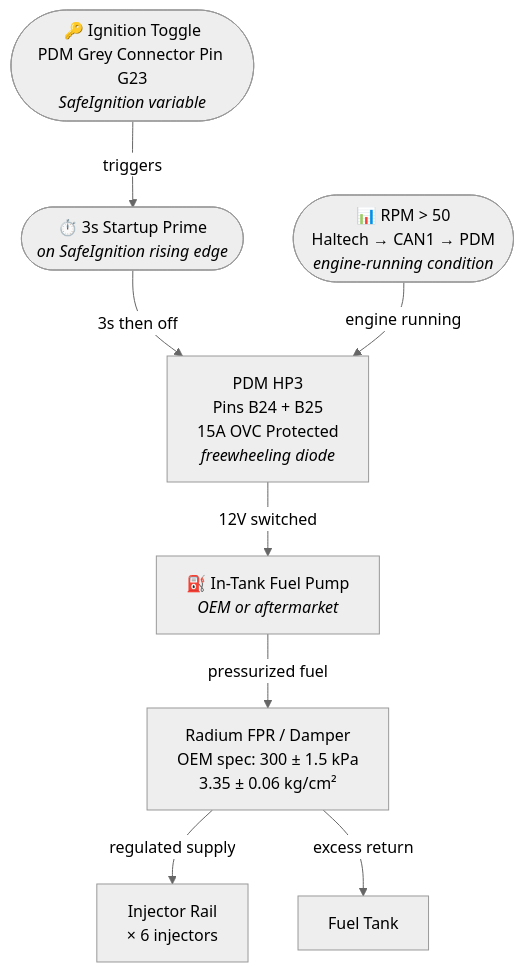
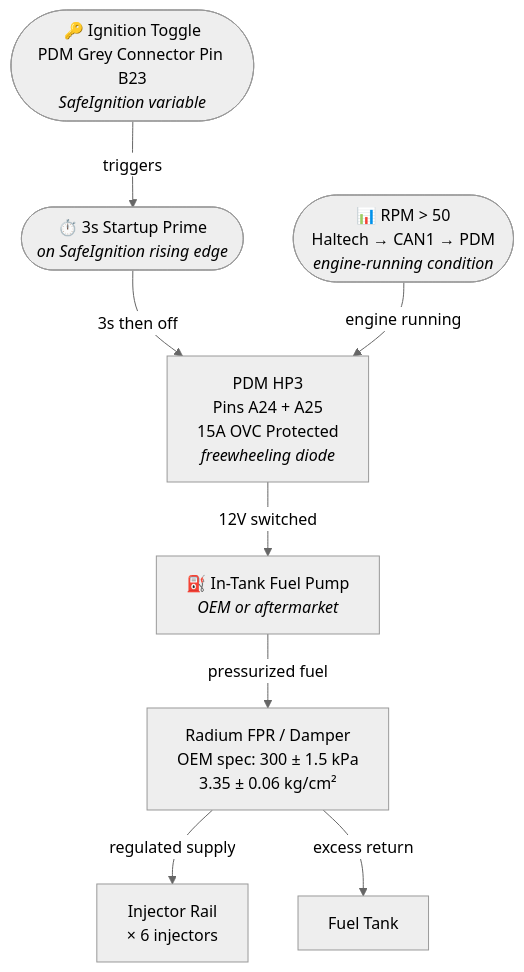
One commit to JF245-tb/tiburon-gk-knowledgebase changed the first of 2 diagrams in Knowledgebase/builds/white-tiburon/diagrams/fuel-pump.md. Above: the diagram before and after it, drawn with Mermaid (neutral theme). The commit also changed other lines of this file and 12 other files, not shown here.

````diff
--- a/Knowledgebase/builds/white-tiburon/diagrams/fuel-pump.md
+++ b/Knowledgebase/builds/white-tiburon/diagrams/fuel-pump.md
@@ -10,24 +10,24 @@
 ```mermaid
 flowchart TD
-    IGN(["🔑 Ignition Toggle<br/>PDM Grey Connector Pin G23<br/><i>SafeIgnition variable</i>"])
+    IGN(["🔑 Ignition Toggle<br/>PDM Grey Connector Pin B23<br/><i>SafeIgnition variable</i>"])
     RPM(["📊 RPM &gt; 50<br/>Haltech → CAN1 → PDM<br/><i>engine-running condition</i>"])
     PRIME(["⏱️ 3s Startup Prime<br/><i>on SafeIgnition rising edge</i>"])
 
     IGN -->|triggers| PRIME
     PRIME -->|3s then off| HP3
     RPM -->|engine running| HP3
 
-    HP3["PDM HP3<br/>Pins B24 + B25<br/>15A OVC Protected<br/><i>freewheeling diode</i>"]
+    HP3["PDM HP3<br/>Pins A24 + A25<br/>15A OVC Protected<br/><i>freewheeling diode</i>"]
 
     HP3 -->|"12V switched"| FP["⛽ In-Tank Fuel Pump<br/><i>OEM or aftermarket</i>"]
 
     FP -->|"pressurized fuel"| FPR["Radium FPR / Damper<br/>OEM spec: 300 ± 1.5 kPa<br/>3.35 ± 0.06 kg/cm²"]
 
     FPR -->|"regulated supply"| RAIL["Injector Rail<br/>× 6 injectors"]
     FPR -->|"excess return"| TANK["Fuel Tank"]
 
     click IGN "../build-profile.md" "Ignition switch wiring"
     click HP3 "../../../hardware/aim/aim-pdm/pdm-configuration-guide.md" "PDM output map"
     click FPR "../build-profile.md" "Radium FPR details"
     click RAIL "../../../common/shop-manual/fuel-system/specifications.md" "FLA-2: injector specs"
 ```
````
